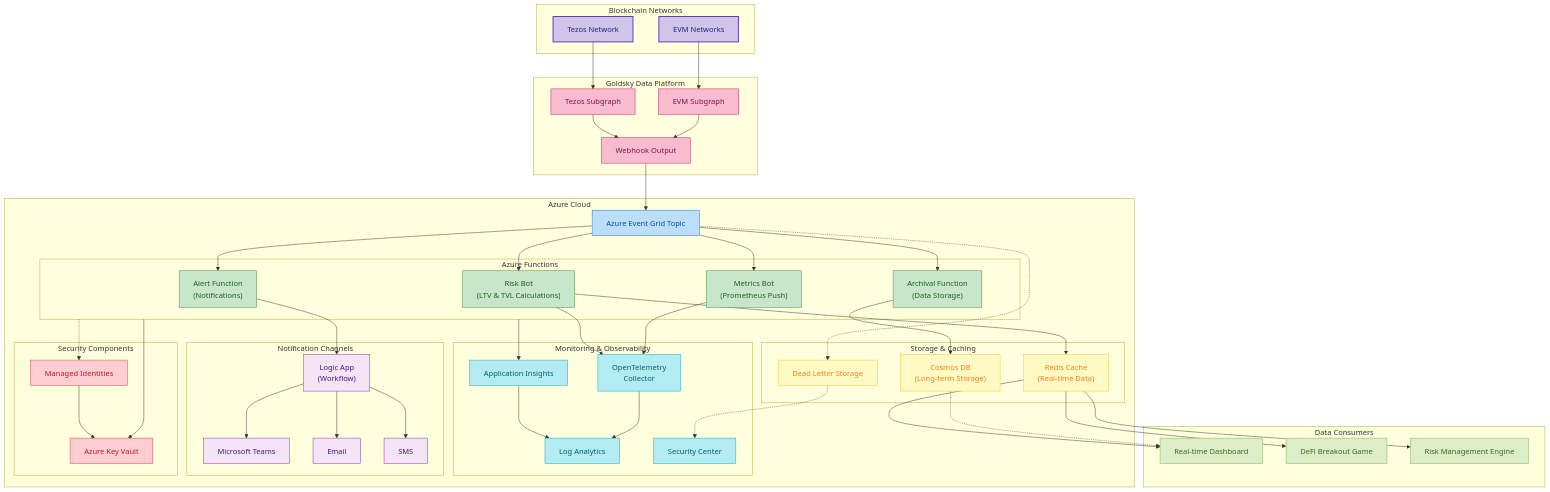
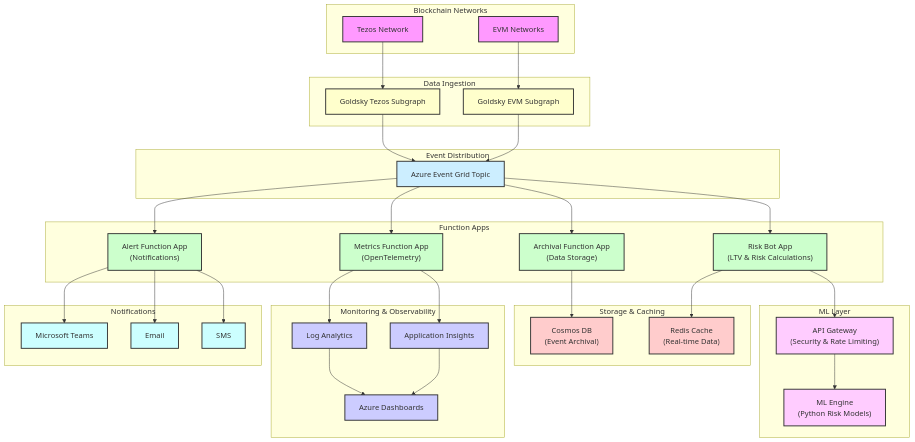
The diagram in README.md (VeritasVault-ai/vv-chain-services), drawn with Mermaid before and after one commit.

````diff
--- a/README.md
+++ b/README.md
@@ -24,112 +24,89 @@
 ```mermaid
 flowchart TB
-  subgraph Blockchain["Blockchain Networks"]
-      Tezos["Tezos Network"]
-      EVM["EVM Networks"]
+  subgraph "Blockchain Networks"
+    Tezos["Tezos Network"]
+    EVM["EVM Networks"]
   end
-  
-  subgraph Goldsky["Goldsky Data Platform"]
-      TezosSubgraph["Tezos Subgraph"]
-      EVMSubgraph["EVM Subgraph"]
-      WebhookOutput["Webhook Output"]
+
+  subgraph "Data Ingestion"
+    GoldskyTezos["Goldsky Tezos Subgraph"]
+    GoldskyEVM["Goldsky EVM Subgraph"]
   end
-  
-  subgraph Azure["Azure Cloud"]
-      EventGrid["Azure Event Grid Topic"]
-      
-      subgraph Functions["Azure Functions"]
-          RiskBot["Risk Bot\n(LTV & TVL Calculations)"]
-          MetricsBot["Metrics Bot\n(Prometheus Push)"]
-          AlertFunction["Alert Function\n(Notifications)"]
-          ArchivalFunction["Archival Function\n(Data Storage)"]
-      end
-      
-      subgraph Storage["Storage & Caching"]
-          CosmosDB["Cosmos DB\n(Long-term Storage)"]
-          Redis["Redis Cache\n(Real-time Data)"]
-          DeadLetter["Dead Letter Storage"]
-      end
-      
-      subgraph Monitoring["Monitoring & Observability"]
-          AppInsights["Application Insights"]
-          LogAnalytics["Log Analytics"]
-          OpenTelemetry["OpenTelemetry\nCollector"]
-          SecurityCenter["Security Center"]
-      end
-      
-      subgraph Notifications["Notification Channels"]
-          Teams["Microsoft Teams"]
-          Email["Email"]
-          SMS["SMS"]
-          LogicApp["Logic App\n(Workflow)"]
-      end
-      
-      subgraph Security["Security Components"]
-          KeyVault["Azure Key Vault"]
-          ManagedIdentity["Managed Identities"]
-      end
+
+  subgraph "Event Distribution"
+    EventGrid["Azure Event Grid Topic"]
   end
-  
-  subgraph Consumers["Data Consumers"]
-      Dashboard["Real-time Dashboard"]
-      GameSuite["DeFi Breakout Game"]
-      RiskEngine["Risk Management Engine"]
+
+  subgraph "Function Apps"
+    RiskBot["Risk Bot App\n(LTV & Risk Calculations)"]
+    MetricsBot["Metrics Function App\n(OpenTelemetry)"]
+    AlertBot["Alert Function App\n(Notifications)"]
+    ArchivalBot["Archival Function App\n(Data Storage)"]
   end
-  
-  %% Connections
-  Tezos --> TezosSubgraph
-  EVM --> EVMSubgraph
-  TezosSubgraph --> WebhookOutput
-  EVMSubgraph --> WebhookOutput
-  WebhookOutput --> EventGrid
+
+  subgraph "ML Layer"
+    APIGateway["API Gateway\n(Security & Rate Limiting)"]
+    MLEngine["ML Engine\n(Python Risk Models)"]
+  end
+
+  subgraph "Storage & Caching"
+    CosmosDB["Cosmos DB\n(Event Archival)"]
+    Redis["Redis Cache\n(Real-time Data)"]
+  end
+
+  subgraph "Monitoring & Observability"
+    LogAnalytics["Log Analytics"]
+    AppInsights["Application Insights"]
+    Dashboards["Azure Dashboards"]
+  end
+
+  subgraph "Notifications"
+    Teams["Microsoft Teams"]
+    Email["Email"]
+    SMS["SMS"]
+  end
+
+  Tezos --> GoldskyTezos
+  EVM --> GoldskyEVM
+  GoldskyTezos --> EventGrid
+  GoldskyEVM --> EventGrid
   
   EventGrid --> RiskBot
   EventGrid --> MetricsBot
-  EventGrid --> AlertFunction
-  EventGrid --> ArchivalFunction
+  EventGrid --> AlertBot
+  EventGrid --> ArchivalBot
   
+  RiskBot --> APIGateway
+  APIGateway --> MLEngine
   RiskBot --> Redis
-  RiskBot --> OpenTelemetry
-  MetricsBot --> OpenTelemetry
-  AlertFunction --> LogicApp
-  LogicApp --> Teams
-  LogicApp --> Email
-  LogicApp --> SMS
-  ArchivalFunction --> CosmosDB
   
-  EventGrid -.-> DeadLetter
-  DeadLetter -.-> SecurityCenter
+  MetricsBot --> LogAnalytics
+  MetricsBot --> AppInsights
   
-  Functions --> AppInsights
-  AppInsights --> LogAnalytics
-  OpenTelemetry --> LogAnalytics
+  AlertBot --> Teams
+  AlertBot --> Email
+  AlertBot --> SMS
   
-  Functions --> KeyVault
-  Functions -.-> ManagedIdentity
-  ManagedIdentity --> KeyVault
+  ArchivalBot --> CosmosDB
   
-  Redis --> Dashboard
-  Redis --> GameSuite
-  Redis --> RiskEngine
-  CosmosDB -.-> Dashboard
+  LogAnalytics --> Dashboards
+  AppInsights --> Dashboards
   
-  classDef blockchain fill:#d1c4e9,stroke:#5e35b1,stroke-width:2px,color:#1a237e
-  classDef goldsky   fill:#f8bbd0,stroke:#c2185b,stroke-width:1px,color:#880e4f
-  classDef azure     fill:#bbdefb,stroke:#1976d2,stroke-width:1px,color:#0d47a1
-  classDef function  fill:#c8e6c9,stroke:#388e3c,stroke-width:1px,color:#1b5e20
-  classDef storage   fill:#fff9c4,stroke:#fbc02d,stroke-width:1px,color:#f57f17
-  classDef monitoring fill:#b2ebf2,stroke:#00acc1,stroke-width:1px,color:#006064
-  classDef notification fill:#f3e5f5,stroke:#8e24aa,stroke-width:1px,color:#4a148c
-  classDef security  fill:#ffcdd2,stroke:#e53935,stroke-width:1px,color:#b71c1c
-  classDef consumer  fill:#dcedc8,stroke:#7cb342,stroke-width:1px,color:#33691e
+  classDef blockchain fill:#f9f,stroke:#333,stroke-width:2px
+  classDef goldsky fill:#ffc,stroke:#333,stroke-width:2px
+  classDef azure fill:#cef,stroke:#333,stroke-width:2px
+  classDef function fill:#cfc,stroke:#333,stroke-width:2px
+  classDef ml fill:#fcf,stroke:#333,stroke-width:2px
+  classDef storage fill:#fcc,stroke:#333,stroke-width:2px
+  classDef monitoring fill:#ccf,stroke:#333,stroke-width:2px
+  classDef notification fill:#cff,stroke:#333,stroke-width:2px
   
   class Tezos,EVM blockchain
-  class TezosSubgraph,EVMSubgraph,WebhookOutput goldsky
+  class GoldskyTezos,GoldskyEVM goldsky
   class EventGrid azure
-  class RiskBot,MetricsBot,AlertFunction,ArchivalFunction function
-  class CosmosDB,Redis,DeadLetter storage
-  class AppInsights,LogAnalytics,OpenTelemetry,SecurityCenter monitoring
-  class Teams,Email,SMS,LogicApp notification
-  class KeyVault,ManagedIdentity security
-  class Dashboard,GameSuite,RiskEngine consumer
+  class RiskBot,MetricsBot,AlertBot,ArchivalBot function
+  class APIGateway,MLEngine ml
+  class CosmosDB,Redis storage
+  class LogAnalytics,AppInsights,Dashboards monitoring
+  class Teams,Email,SMS notification
 ```
````
